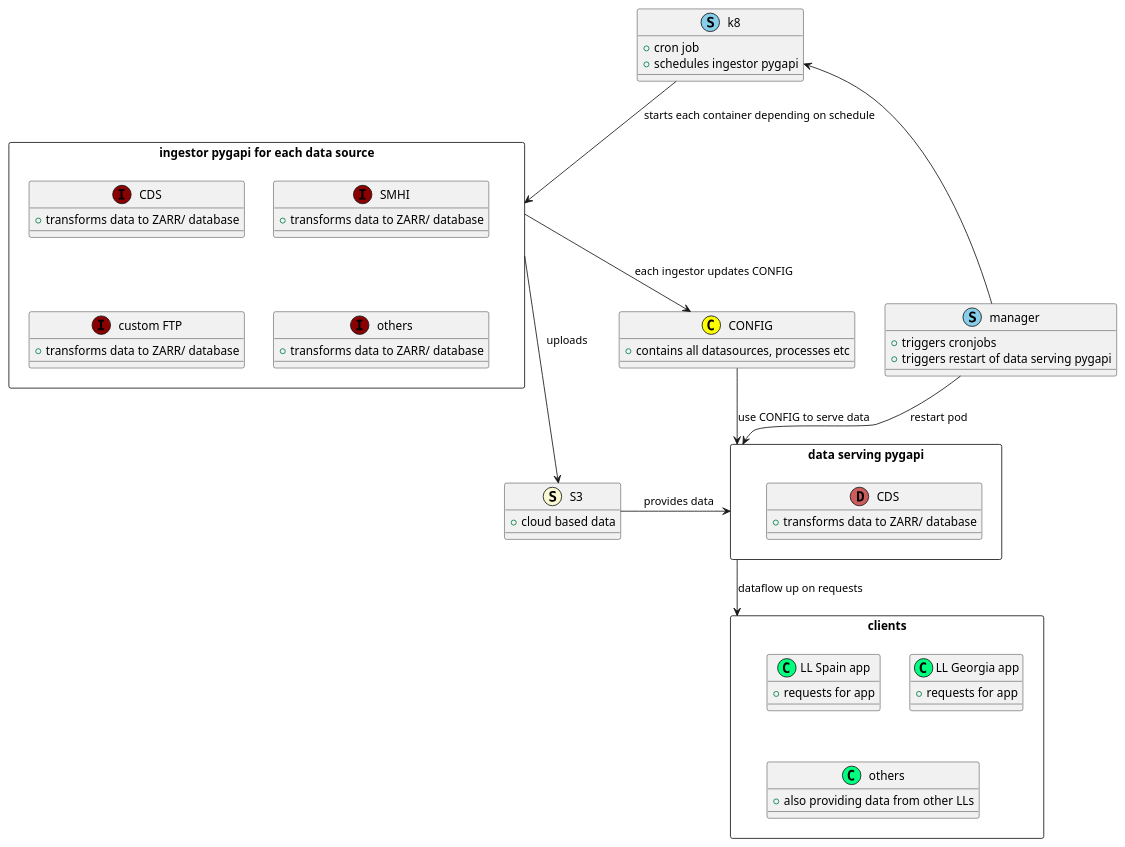
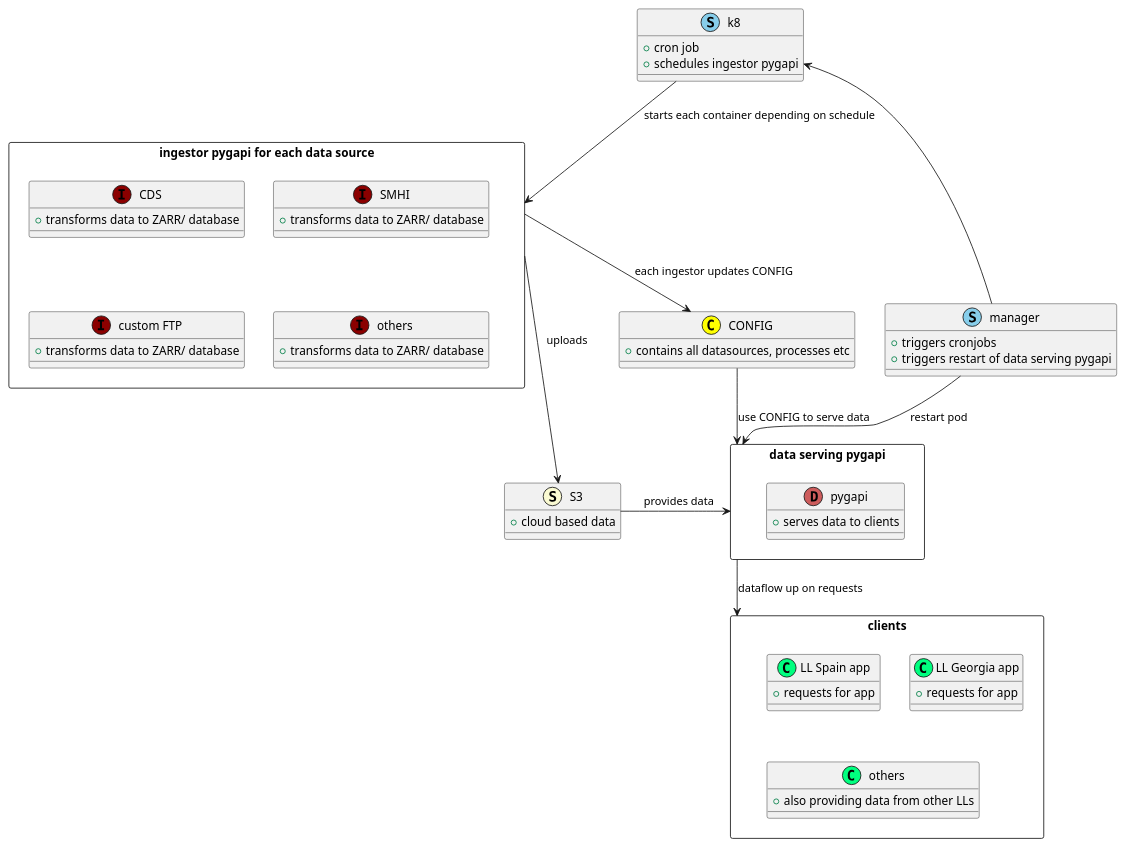
The diagram in img/ingestor.puml (icisk/pygeoapi_ingestor), drawn with PlantUML before and after one commit. The commit also changed 1 other file, not shown here.

```diff
--- a/img/ingestor.puml
+++ b/img/ingestor.puml
@@ -1,62 +1,62 @@
 @startuml icisk/ ingestor
 
 entity "k8" <<(S, SkyBlue)>> {
   + cron job
   + schedules ingestor pygapi
 }
 entity "manager" <<(S, SkyBlue)>> {
   + triggers cronjobs
   + triggers restart of data serving pygapi
 }
 
 rectangle "ingestor pygapi for each data source" as ingestor {
     entity "CDS" <<(I, DarkRed)>> {
         + transforms data to ZARR/ database
     }
     entity "SMHI" <<(I, DarkRed)>> {
         + transforms data to ZARR/ database
     }
     entity "custom FTP" <<(I, DarkRed)>> {
         + transforms data to ZARR/ database
     }
     entity "others..." <<(I, DarkRed)>> {
         + transforms data to ZARR/ database
     }
 }
 
 entity "S3" <<(S, LightGoldenRodYellow)>> { 
   + cloud based data 
 }
 
 entity "CONFIG" <<(C, Yellow)>> { 
   + contains all datasources, processes etc 
 }
 
 rectangle "data serving pygapi" as dataserv {
-    entity "CDS" <<(D, IndianRed)>> {
-        + transforms data to ZARR/ database
+    entity "pygapi" <<(D, IndianRed)>> {
+        + serves data to clients
     }
 }
 
 rectangle "clients" as clients {
     entity "LL Spain app" <<(C, SpringGreen)>> {
         + requests for app
     }
     entity "LL Georgia app" <<(C, SpringGreen)>> {
         + requests for app
     }
     entity "others..." <<(C, SpringGreen)>> {
         + also providing data from other LLs
     }
 }
 
 manager --> dataserv : restart pod
 manager -l-> k8 
 k8 --> ingestor : starts each container depending on schedule
 ingestor --> CONFIG : each ingestor updates CONFIG
 ingestor -d-> S3 : uploads
 CONFIG --> dataserv : use CONFIG to serve data
 S3 -> dataserv : provides data 
 dataserv --> clients : dataflow up on requests
 
 @enduml
```
